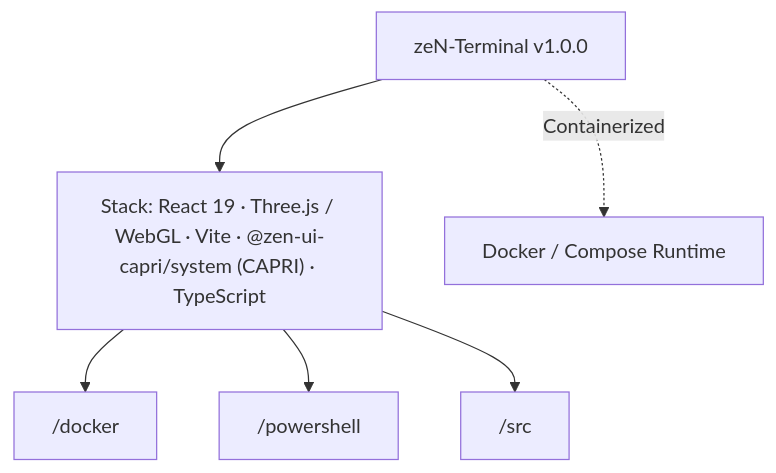
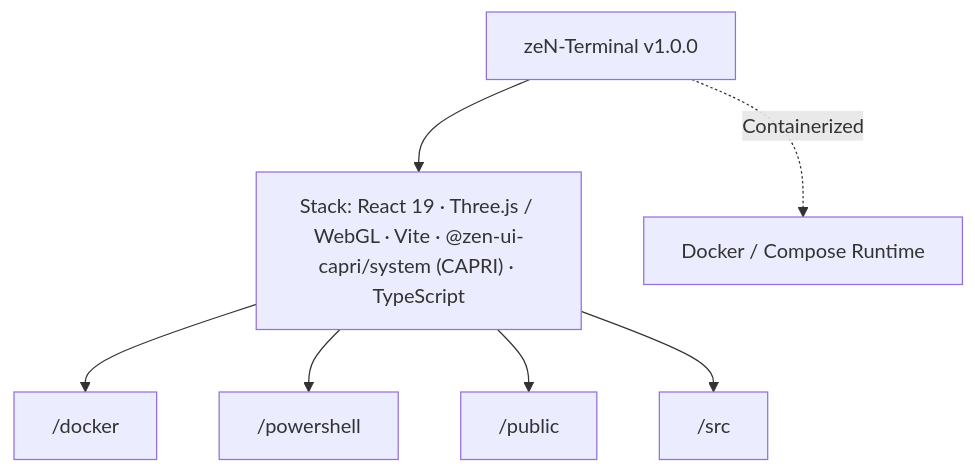
The diagram in docs/CAPRI-ARCHITECTURE.md (lukaspabst/zeN-Terminal), drawn with Mermaid before and after one commit. The commit also changed other lines of this file and 2 other files, not shown here.

````diff
--- a/docs/CAPRI-ARCHITECTURE.md
+++ b/docs/CAPRI-ARCHITECTURE.md
@@ -27,14 +27,16 @@
 ```mermaid
 flowchart TD
   Repo["zeN-Terminal v1.0.0"]
   Stack["Stack: React 19 · Three.js / WebGL · Vite · @zen-ui-capri/system (CAPRI) · TypeScript"]
   Repo --> Stack
   N0_docker["/docker"]
   Stack --> N0_docker
   N1_powershell["/powershell"]
   Stack --> N1_powershell
-  N2_src["/src"]
-  Stack --> N2_src
+  N2_public["/public"]
+  Stack --> N2_public
+  N3_src["/src"]
+  Stack --> N3_src
   Docker["Docker / Compose Runtime"]
   Repo -.->|"Containerized"| Docker
 ```
````
